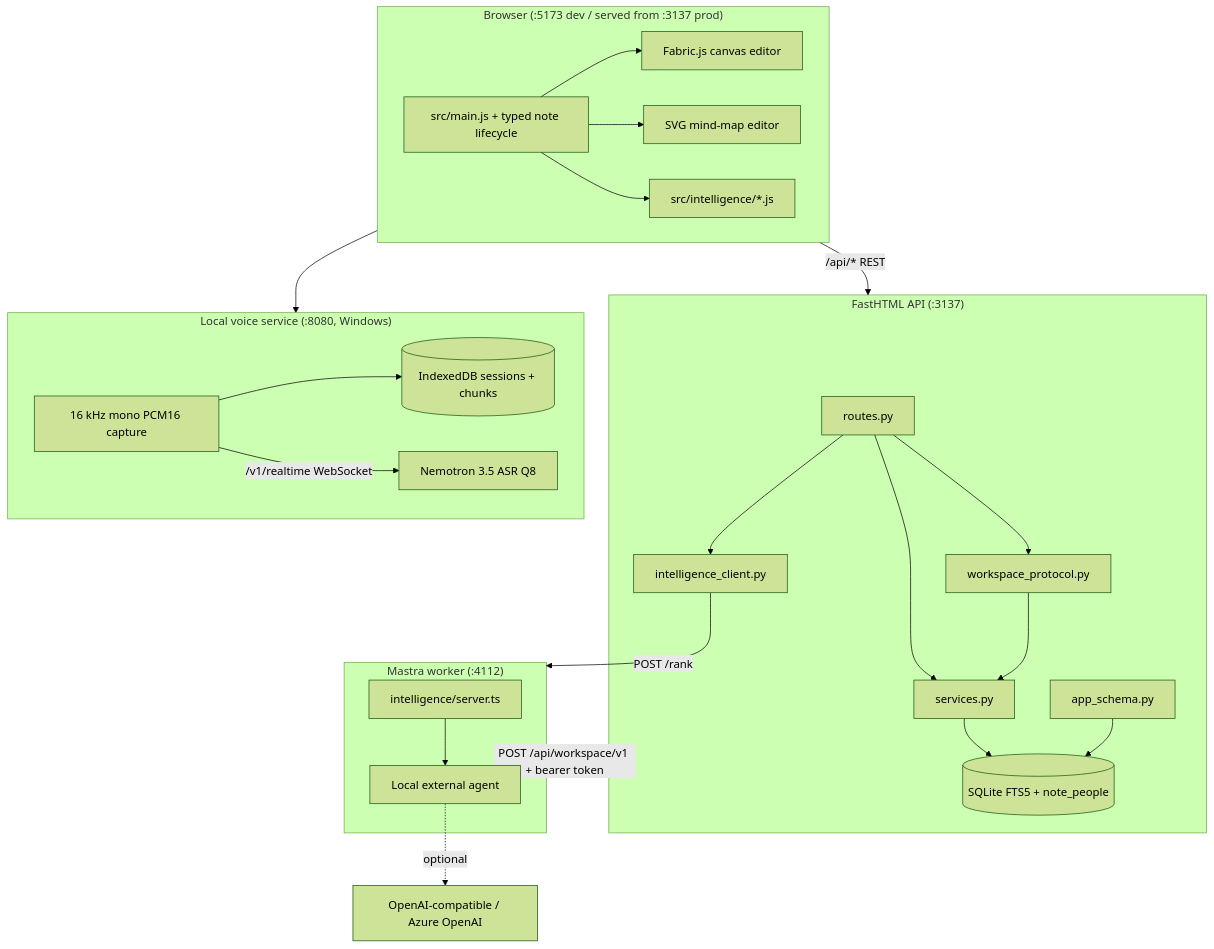
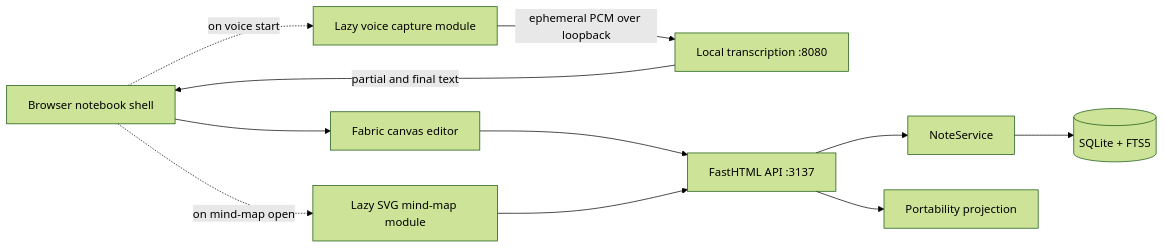
One commit to abhisheksreesaila/personalnote changed the first of 2 diagrams in docs/ARCHITECTURE.md. Above: the diagram before and after it, drawn with Mermaid (forest theme). The commit also changed other lines of this file and 83 other files, not shown here.

Commit message:
Ship local-first v1 notebook core

````diff
--- a/docs/ARCHITECTURE.md
+++ b/docs/ARCHITECTURE.md
@@ -11,46 +7,13 @@
 ```mermaid
-flowchart TB
-    subgraph Browser["Browser (:5173 dev / served from :3137 prod)"]
-        UI[src/main.js + typed note lifecycle]
-        Canvas[Fabric.js canvas editor]
-        Map[SVG mind-map editor]
-        Intel[src/intelligence/*.js]
-        UI --> Canvas
-        UI --> Map
-        UI --> Intel
-    end
-
-    subgraph API["FastHTML API (:3137)"]
-        Routes[routes.py]
-        Services[services.py]
-        Workspace[workspace_protocol.py]
-        Schema[app_schema.py]
-        Bridge[intelligence_client.py]
-        Routes --> Services
-        Routes --> Workspace
-        Workspace --> Services
-        Routes --> Bridge
-        Services --> DB[(SQLite FTS5 + note_people)]
-        Schema --> DB
-    end
-
-    subgraph Worker["Mastra worker (:4112)"]
-        Server[intelligence/server.ts]
-        Agent[intelligence/ambient-agent.ts]
-        Server --> Agent
-    end
-
-    subgraph Voice["Local voice service (:8080, Windows)"]
-        Capture[16 kHz mono PCM16 capture]
-        Audio[(IndexedDB sessions + chunks)]
-        Nemotron[Nemotron 3.5 ASR Q8]
-        Capture --> Audio
-        Capture -->|"/v1/realtime WebSocket"| Nemotron
-    end
-
-    Browser -->|"/api/* REST"| API
-    Browser --> Voice
-    Agent[Local external agent] -->|"POST /api/workspace/v1 + bearer token"| API
-    Bridge -->|"POST /rank"| Worker
-    Agent -.->|optional| Model[OpenAI-compatible / Azure OpenAI]
+flowchart LR
+    Shell[Browser notebook shell] --> Canvas[Fabric canvas editor]
+    Shell -. on mind-map open .-> Map[Lazy SVG mind-map module]
+    Shell -. on voice start .-> Voice[Lazy voice capture module]
+    Voice -->|ephemeral PCM over loopback| ASR[Local transcription :8080]
+    ASR -->|partial and final text| Shell
+    Canvas --> API[FastHTML API :3137]
+    Map --> API
+    API --> Store[NoteService]
+    Store --> DB[(SQLite + FTS5)]
+    API --> Export[Portability projection]
 ```
````
